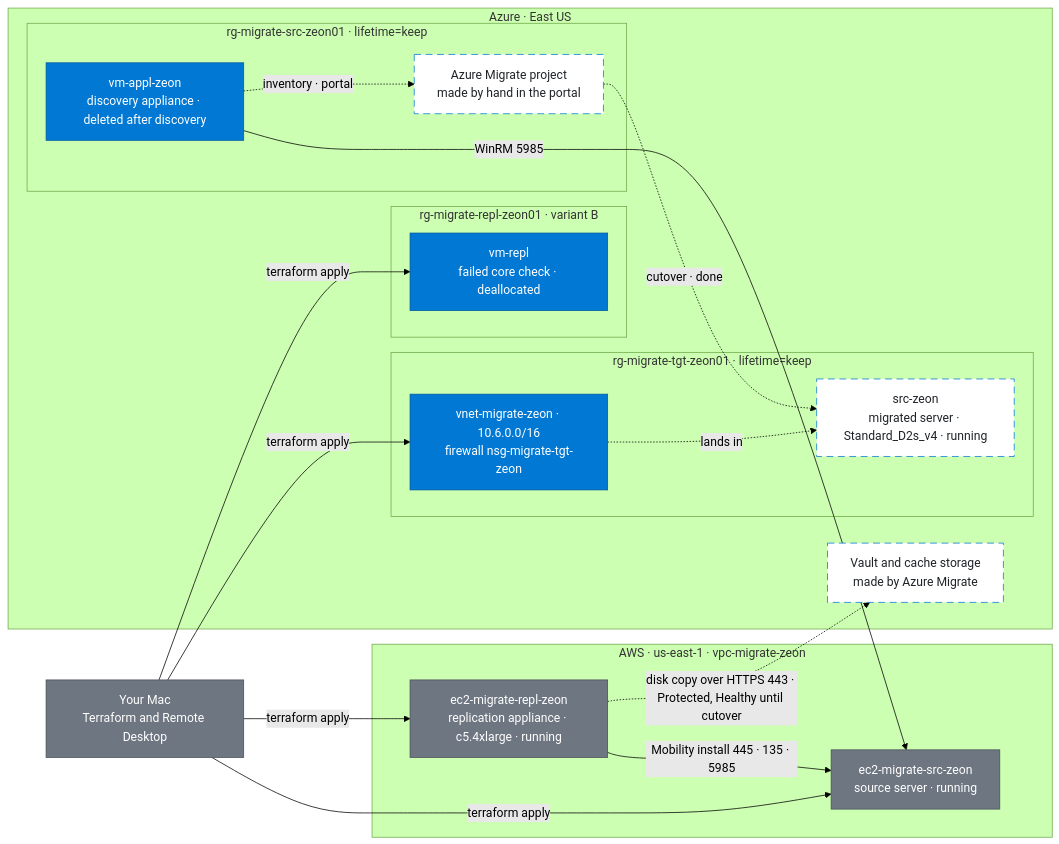
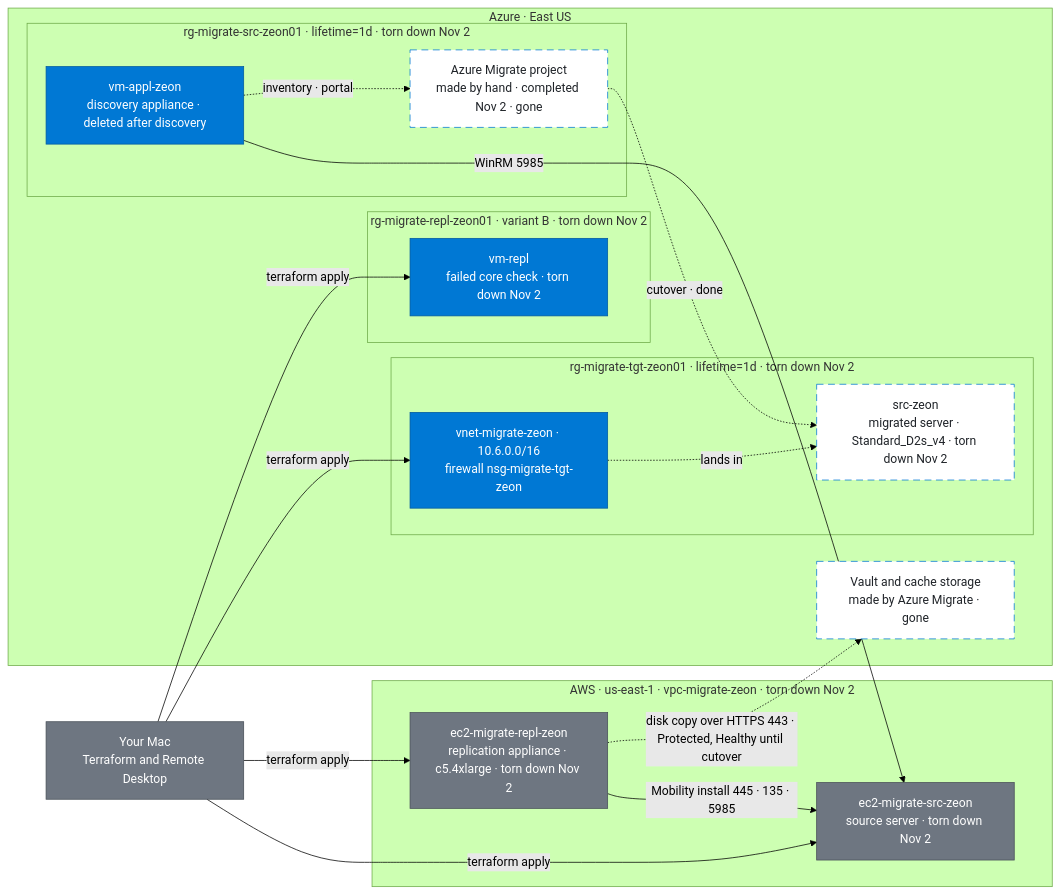
The diagram in README.md (zsociety47/azure-aws-migrate-poc), drawn with Mermaid (forest theme) before and after one commit. The commit also changed other lines of this file and 2 other files, not shown here.

Commit message:
Redraw architecture for the finished, torn-down record.

````diff
--- a/README.md
+++ b/README.md
@@ -581,43 +581,43 @@
 ```mermaid
 flowchart LR
     operator["Your Mac<br/>Terraform and Remote Desktop"]
 
-    subgraph awsnet["AWS · us-east-1 · vpc-migrate-zeon"]
-        source["ec2-migrate-src-zeon<br/>source server · running"]
-        repl["ec2-migrate-repl-zeon<br/>replication appliance · c5.4xlarge · running"]
+    subgraph awsnet["AWS · us-east-1 · vpc-migrate-zeon · torn down Nov 2"]
+        source["ec2-migrate-src-zeon<br/>source server · torn down Nov 2"]
+        repl["ec2-migrate-repl-zeon<br/>replication appliance · c5.4xlarge · torn down Nov 2"]
     end
 
     subgraph azcloud["Azure · East US"]
-        subgraph staging["rg-migrate-src-zeon01 · lifetime=keep"]
+        subgraph staging["rg-migrate-src-zeon01 · lifetime=1d · torn down Nov 2"]
             discovery["vm-appl-zeon<br/>discovery appliance · deleted after discovery"]
-            migrate["Azure Migrate project<br/>made by hand in the portal"]
+            migrate["Azure Migrate project<br/>made by hand · completed Nov 2 · gone"]
         end
-        subgraph tgt["rg-migrate-tgt-zeon01 · lifetime=keep"]
+        subgraph tgt["rg-migrate-tgt-zeon01 · lifetime=1d · torn down Nov 2"]
             vnet["vnet-migrate-zeon · 10.6.0.0/16<br/>firewall nsg-migrate-tgt-zeon"]
-            landed["src-zeon<br/>migrated server · Standard_D2s_v4 · running"]
+            landed["src-zeon<br/>migrated server · Standard_D2s_v4 · torn down Nov 2"]
         end
-        vault["Vault and cache storage<br/>made by Azure Migrate"]
-        subgraph replrg["rg-migrate-repl-zeon01 · variant B"]
-            vmrepl["vm-repl<br/>failed core check · deallocated"]
+        vault["Vault and cache storage<br/>made by Azure Migrate · gone"]
+        subgraph replrg["rg-migrate-repl-zeon01 · variant B · torn down Nov 2"]
+            vmrepl["vm-repl<br/>failed core check · torn down Nov 2"]
         end
     end
 
     operator -- "terraform apply" --> source
     operator -- "terraform apply" --> repl
     operator -- "terraform apply" --> vnet
     operator -- "terraform apply" --> vmrepl
     discovery -- "WinRM 5985" --> source
     discovery -. "inventory · portal" .-> migrate
     repl -- "Mobility install 445 · 135 · 5985" --> source
     repl -. "disk copy over HTTPS 443 · Protected, Healthy until cutover" .-> vault
     migrate -. "cutover · done" .-> landed
     vnet -. "lands in" .-> landed
 
     classDef azure fill:#0078d4,stroke:#005a9e,color:#fff
     classDef external fill:#6e7681,stroke:#484f58,color:#fff
     classDef portal fill:#fff,stroke:#0078d4,color:#1f2328,stroke-dasharray:9 6
 
     class discovery,vnet,vmrepl azure
     class operator,source,repl external
     class migrate,landed,vault portal
 ```
````
